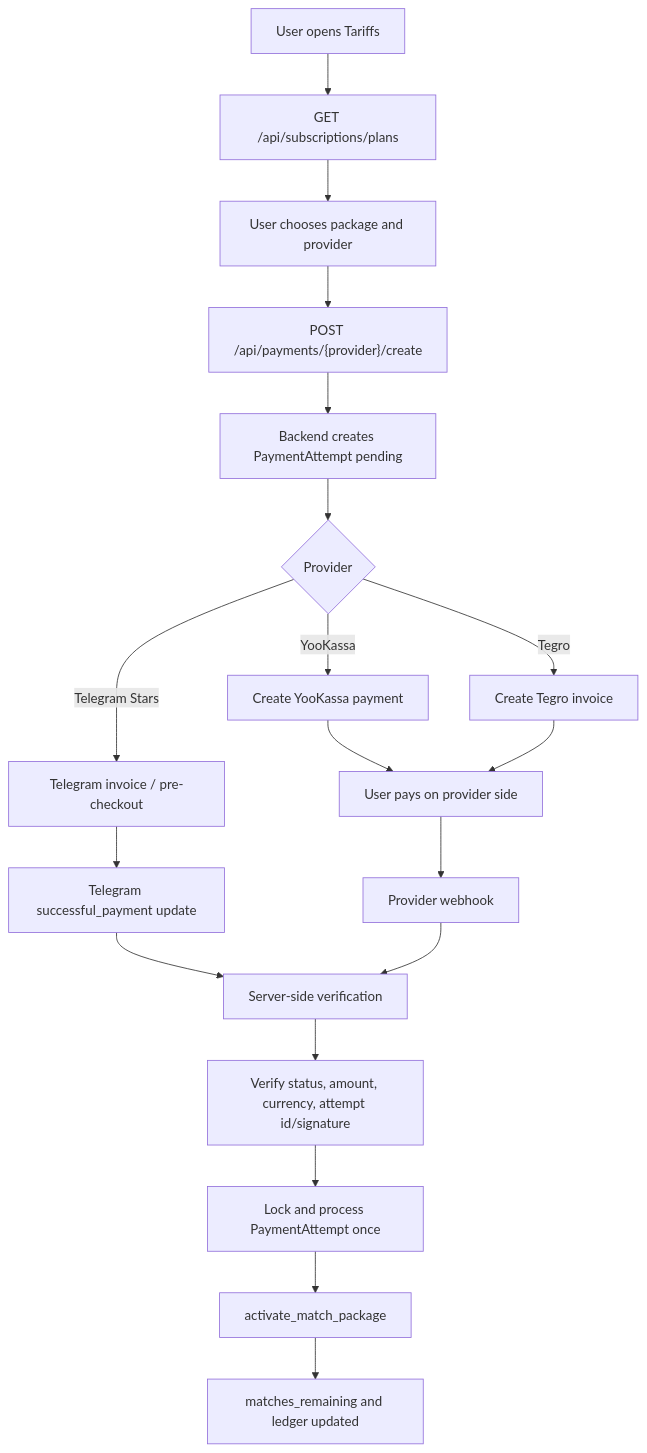
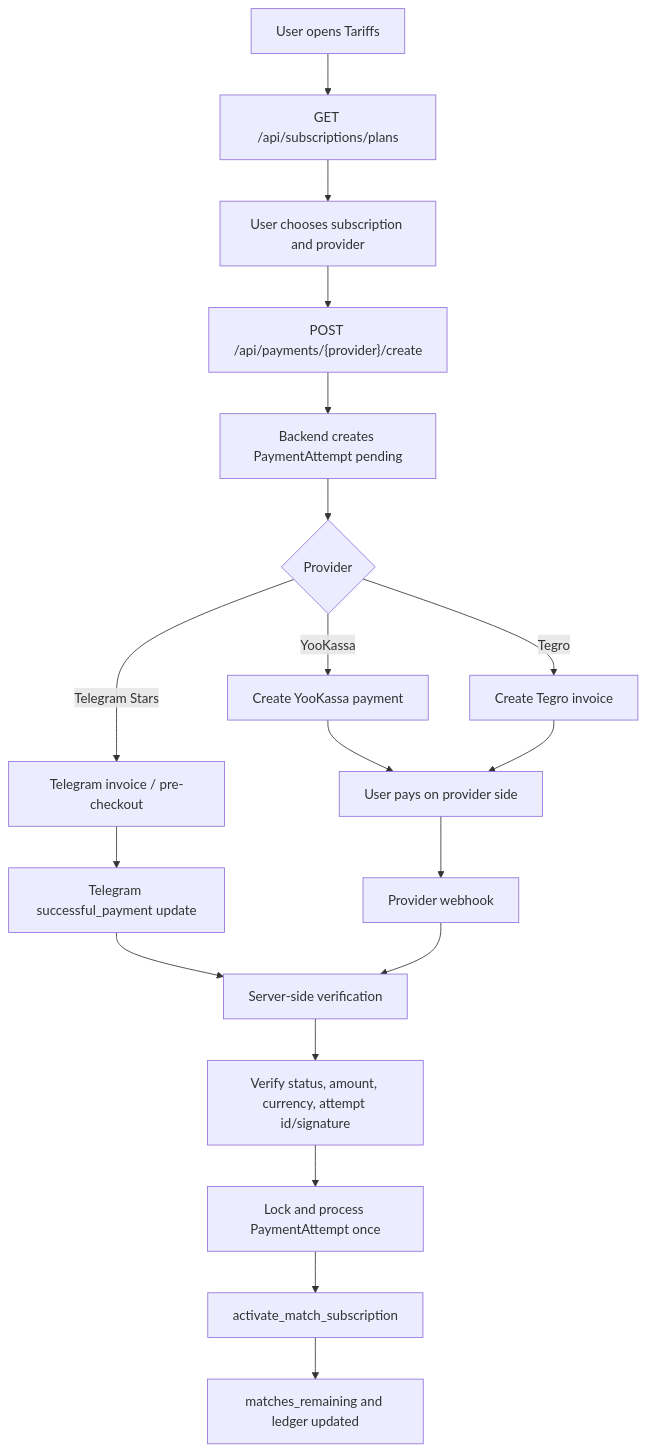
The third of 7 diagrams in README.md (inftverezovsky/Mini-Web-Shamrai-), drawn with Mermaid before and after one commit. The commit also changed other lines of this file and 66 other files, not shown here.

First line of the commit message:
Add VK photo_url, rename package→subscription & reports

````diff
--- a/README.md
+++ b/README.md
@@ -187,21 +187,21 @@
 ```mermaid
 flowchart TD
   A["User opens Tariffs"] --> B["GET /api/subscriptions/plans"]
-  B --> C["User chooses package and provider"]
+  B --> C["User chooses subscription and provider"]
   C --> D["POST /api/payments/{provider}/create"]
   D --> E["Backend creates PaymentAttempt pending"]
   E --> F{"Provider"}
   F -->|"YooKassa"| G["Create YooKassa payment"]
   F -->|"Tegro"| H["Create Tegro invoice"]
   F -->|"Telegram Stars"| I["Telegram invoice / pre-checkout"]
   G --> J["User pays on provider side"]
   H --> J
   I --> K["Telegram successful_payment update"]
   J --> L["Provider webhook"]
   K --> M["Server-side verification"]
   L --> M
   M --> N["Verify status, amount, currency, attempt id/signature"]
   N --> O["Lock and process PaymentAttempt once"]
-  O --> P["activate_match_package"]
+  O --> P["activate_match_subscription"]
   P --> Q["matches_remaining and ledger updated"]
 ```
````
